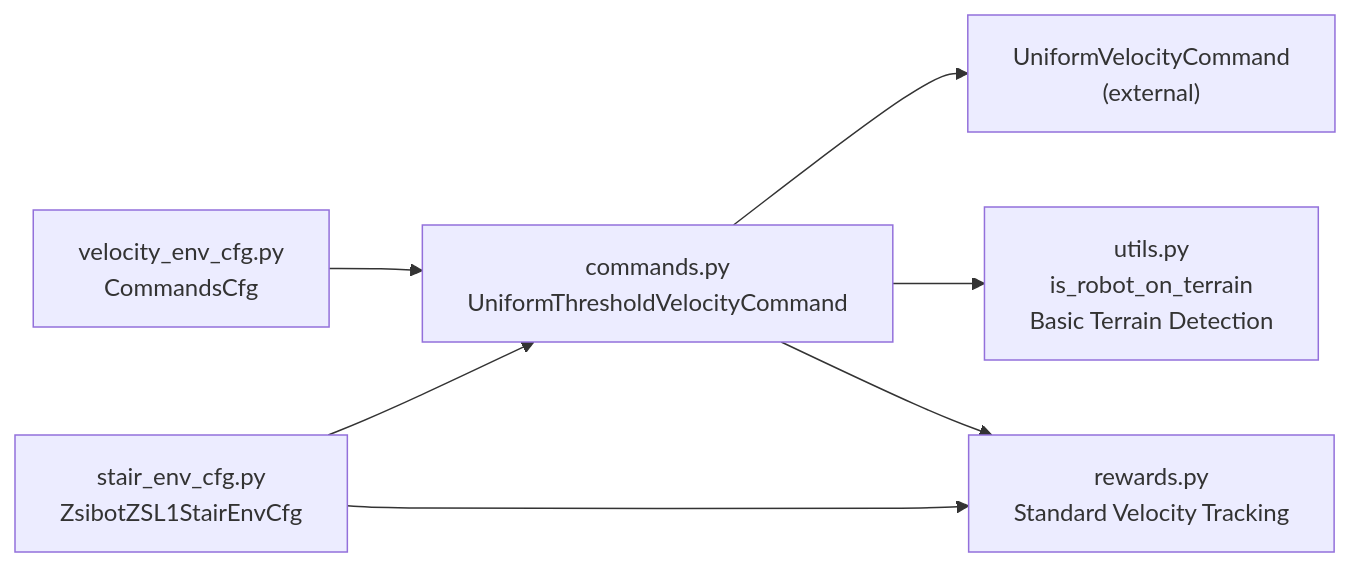
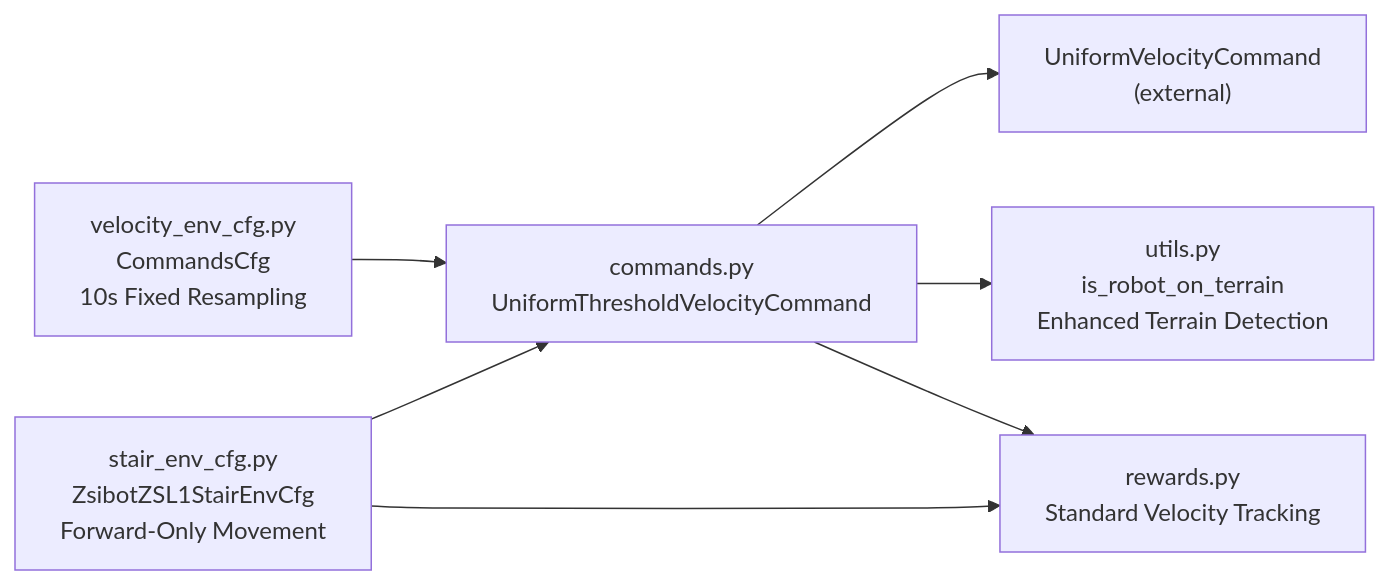
Before and after one commit to jayjayhust/robot_lab: the fourth of 4 diagrams in .qoder/repowiki/en/content/Task Configuration Framework/Velocity-Based Locomotion Tasks/Command Generation and Tracking.md, drawn with Mermaid. The commit also changed other lines of this file and 6 other files, not shown here.

````diff
--- a/.qoder/repowiki/en/content/Task Configuration Framework/Velocity-Based Locomotion Tasks/Command Generation and Tracking.md
+++ b/.qoder/repowiki/en/content/Task Configuration Framework/Velocity-Based Locomotion Tasks/Command Generation and Tracking.md
@@ -243,9 +249,9 @@
 ```mermaid
 graph LR
-VE_CFG["velocity_env_cfg.py<br/>CommandsCfg"] --> CMD["commands.py<br/>UniformThresholdVelocityCommand"]
+VE_CFG["velocity_env_cfg.py<br/>CommandsCfg<br/>10s Fixed Resampling"] --> CMD["commands.py<br/>UniformThresholdVelocityCommand"]
 CMD --> BASE["UniformVelocityCommand<br/>(external)"]
-CMD --> UTL["utils.py<br/>is_robot_on_terrain<br/>Basic Terrain Detection"]
+CMD --> UTL["utils.py<br/>is_robot_on_terrain<br/>Enhanced Terrain Detection"]
 CMD --> REW["rewards.py<br/>Standard Velocity Tracking"]
-STAIR_CFG["stair_env_cfg.py<br/>ZsibotZSL1StairEnvCfg"] --> CMD
+STAIR_CFG["stair_env_cfg.py<br/>ZsibotZSL1StairEnvCfg<br/>Forward-Only Movement"] --> CMD
 STAIR_CFG --> REW
 ```
````
